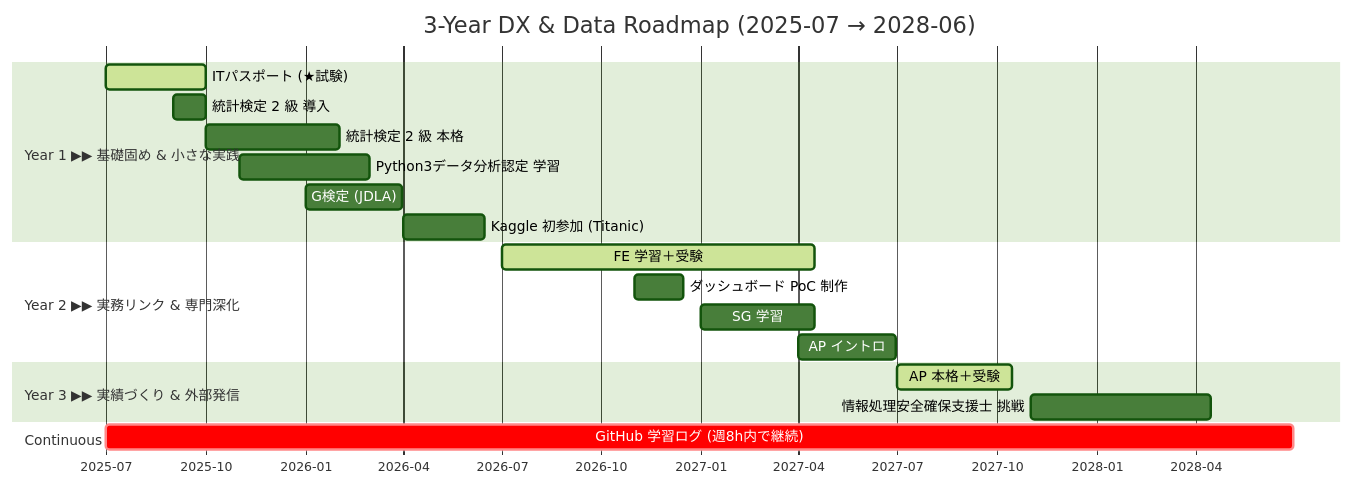
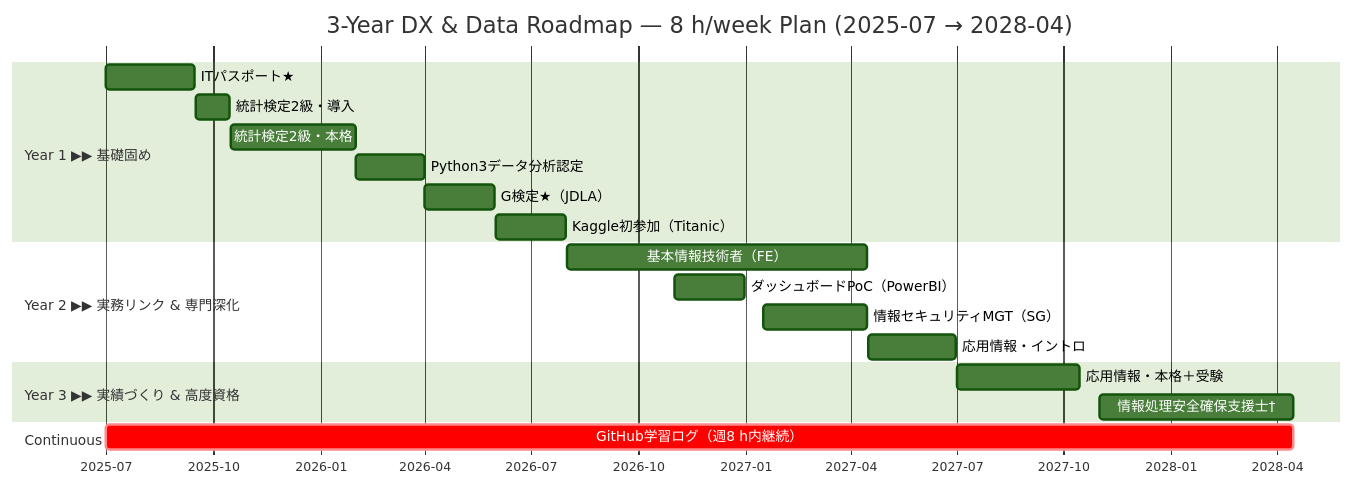
The diagram in README.md (uruc-0start/-), drawn with Mermaid (forest theme) before and after one commit.

````diff
--- a/README.md
+++ b/README.md
@@ -1,31 +1,31 @@
 ```mermaid
 gantt
-  title 3-Year DX & Data Roadmap (2025-07 → 2028-06)
+  title 3-Year DX & Data Roadmap — 8 h/week Plan (2025-07 → 2028-04)
   dateFormat  YYYY-MM-DD
   axisFormat  %Y-%m
 
   %% ──────────────── Year 1 ─────────────────
-  section Year 1  ▶▶ 基礎固め & 小さな実践
-  ITパスポート (★試験)         :active,  itp,       2025-07-01, 2025-10-01
-  統計検定 2 級 導入　       :           stat0,    2025-09-01, 30d
-  統計検定 2 級 本格　　     :           stat1,    2025-10-01, 2026-02-01
-  Python3データ分析認定 学習          :           pydac,    2025-11-01, 2026-03-01
-  G検定 (JDLA)               :           gtest,    2026-01-01, 2026-03-31
-  Kaggle 初参加 (Titanic)      :           kaggle,   2026-04-01, 2026-06-15
+  section Year 1 ▶▶ 基礎固め
+  ITパスポート★                :itp,     2025-07-01, 2025-09-15
+  統計検定2級・導入             :stat0,   2025-09-16, 2025-10-15
+  統計検定2級・本格             :stat1,   2025-10-16, 2026-01-31
+  Python3データ分析認定         :pydac,   2026-02-01, 2026-03-31
+  G検定★（JDLA）               :gtest,   2026-04-01, 2026-05-31
+  Kaggle初参加（Titanic）       :kaggle,  2026-06-01, 2026-07-31
 
   %% ──────────────── Year 2 ─────────────────
-  section Year 2  ▶▶ 実務リンク & 専門深化
-  FE 学習＋受験     :active,  fe,        2026-07-01, 2027-04-15
-  ダッシュボード PoC  制作          :           poc,      2026-11-01, 45d
-  SG 学習       :           sg,       2027-01-01, 2027-04-15
-  AP イントロ        :           ap0,      2027-04-01, 2027-06-30
+  section Year 2 ▶▶ 実務リンク & 専門深化
+  基本情報技術者（FE）          :fe,      2026-08-01, 2027-04-15
+  ダッシュボードPoC（PowerBI）  :poc,     2026-11-01, 2026-12-31
+  情報セキュリティMGT（SG）     :sg,      2027-01-16, 2027-04-15
+  応用情報・イントロ            :ap0,     2027-04-16, 2027-06-30
 
   %% ──────────────── Year 3 ─────────────────
-  section Year 3  ▶▶ 実績づくり & 外部発信
-  AP 本格＋受験     :active,  ap1,       2027-07-01, 2027-10-15
-  情報処理安全確保支援士 挑戦   :           secsp,    2027-11-01, 2028-04-15
+  section Year 3 ▶▶ 実績づくり & 高度資格
+  応用情報・本格＋受験          :ap1,     2027-07-01, 2027-10-15
+  情報処理安全確保支援士†       :secsp,   2027-11-01, 2028-04-15
 
-  %% ──────────────── Continuous lane ───────
+  %% ─────────────── Continuous lane ───────
   section Continuous
-  GitHub 学習ログ (週8h内で継続) :crit,    ghlog,    2025-07-01, 2028-06-30
+  GitHub学習ログ（週8 h内継続） :crit,    ghlog,   2025-07-01, 2028-04-15
 ```
````
